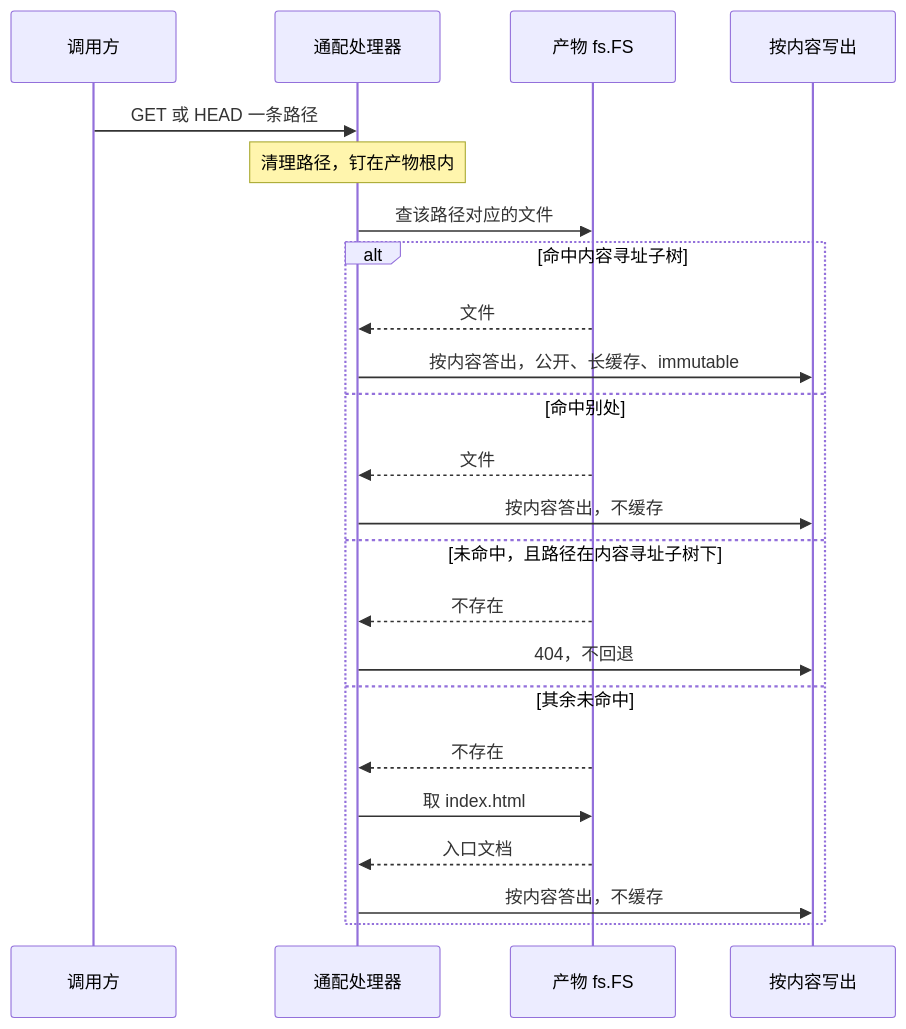
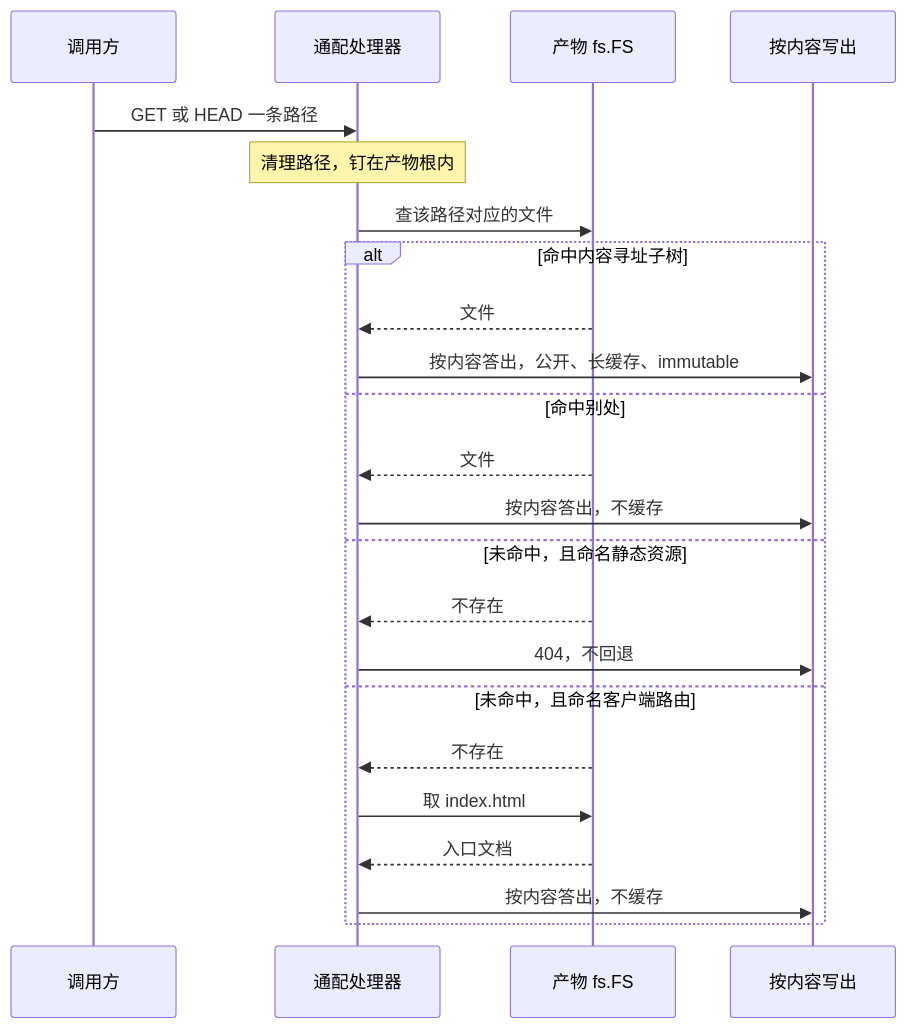
The diagram in docs/design/modules/design-webui.md (wangzw/speed), drawn with Mermaid before and after one commit. The commit also changed other lines of this file and 5 other files, not shown here.

````diff
--- a/docs/design/modules/design-webui.md
+++ b/docs/design/modules/design-webui.md
@@ -80,26 +83,26 @@
 ```mermaid
 sequenceDiagram
     participant C as 调用方
     participant H as 通配处理器
     participant F as 产物 fs.FS
     participant W as 按内容写出
 
     C->>H: GET 或 HEAD 一条路径
     Note over H: 清理路径，钉在产物根内
     H->>F: 查该路径对应的文件
     alt 命中内容寻址子树
         F-->>H: 文件
         H->>W: 按内容答出，公开、长缓存、immutable
     else 命中别处
         F-->>H: 文件
         H->>W: 按内容答出，不缓存
-    else 未命中，且路径在内容寻址子树下
+    else 未命中，且命名静态资源
         F-->>H: 不存在
         H->>W: 404，不回退
-    else 其余未命中
+    else 未命中，且命名客户端路由
         F-->>H: 不存在
         H->>F: 取 index.html
         F-->>H: 入口文档
         H->>W: 按内容答出，不缓存
     end
 ```
````
